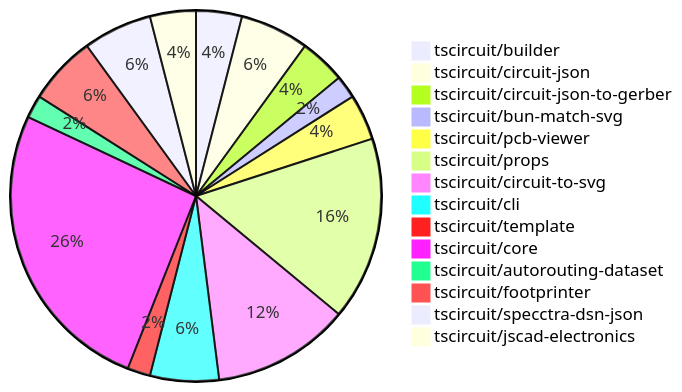
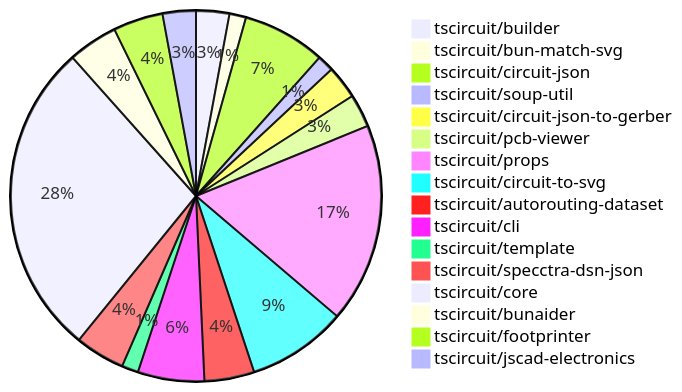
The diagram in README.md (tscircuit/contribution-tracker), drawn with Mermaid before and after one commit. The commit also changed other lines of this file and 1 other file, not shown here.

````diff
--- a/README.md
+++ b/README.md
@@ -24,17 +24,19 @@
 ```mermaid
 pie
     "tscircuit/builder" : 2
-    "tscircuit/circuit-json" : 3
+    "tscircuit/bun-match-svg" : 1
+    "tscircuit/circuit-json" : 5
+    "tscircuit/soup-util" : 1
     "tscircuit/circuit-json-to-gerber" : 2
-    "tscircuit/bun-match-svg" : 1
     "tscircuit/pcb-viewer" : 2
-    "tscircuit/props" : 8
+    "tscircuit/props" : 12
     "tscircuit/circuit-to-svg" : 6
-    "tscircuit/cli" : 3
+    "tscircuit/autorouting-dataset" : 3
+    "tscircuit/cli" : 4
     "tscircuit/template" : 1
-    "tscircuit/core" : 13
-    "tscircuit/autorouting-dataset" : 1
+    "tscircuit/specctra-dsn-json" : 3
+    "tscircuit/core" : 19
+    "tscircuit/bunaider" : 3
     "tscircuit/footprinter" : 3
-    "tscircuit/specctra-dsn-json" : 3
     "tscircuit/jscad-electronics" : 2
 ```
````
